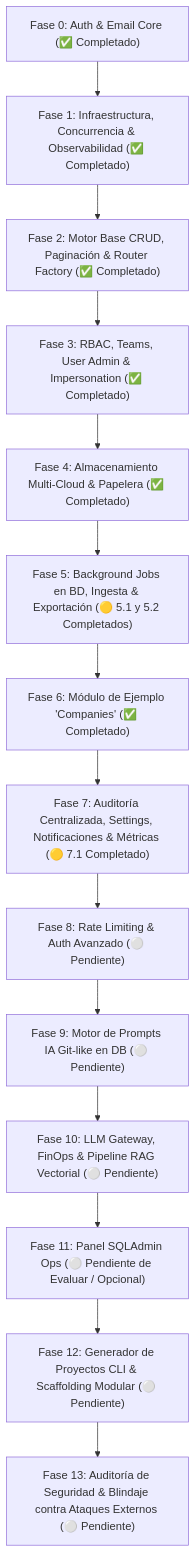
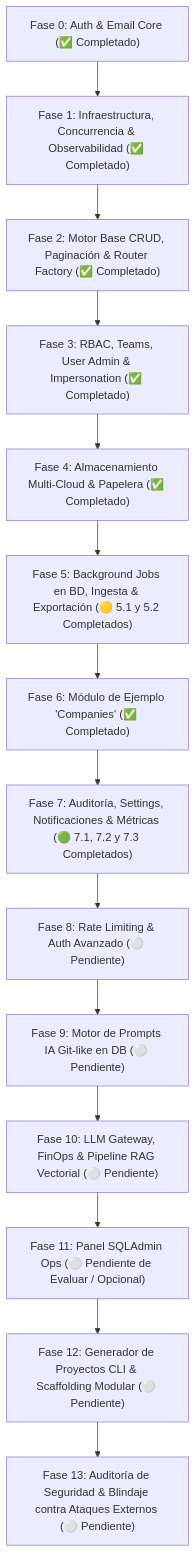
Before and after one commit to javireyramirez/fastapi_plantilla: the diagram in ROADMAP.md, drawn with Mermaid. The commit also changed other lines of this file and 27 other files, not shown here.

````diff
--- a/ROADMAP.md
+++ b/ROADMAP.md
@@ -30,16 +30,16 @@
 ```mermaid
 flowchart TD
     F0["Fase 0: Auth & Email Core (✅ Completado)"] --> F1["Fase 1: Infraestructura, Concurrencia & Observabilidad (✅ Completado)"]
     F1 --> F2["Fase 2: Motor Base CRUD, Paginación & Router Factory (✅ Completado)"]
     F2 --> F3["Fase 3: RBAC, Teams, User Admin & Impersonation (✅ Completado)"]
     F3 --> F4["Fase 4: Almacenamiento Multi-Cloud & Papelera (✅ Completado)"]
     F4 --> F5["Fase 5: Background Jobs en BD, Ingesta & Exportación (🟡 5.1 y 5.2 Completados)"]
     F5 --> F6["Fase 6: Módulo de Ejemplo 'Companies' (✅ Completado)"]
-    F6 --> F7["Fase 7: Auditoría Centralizada, Settings, Notificaciones & Métricas (🟡 7.1 Completado)"]
+    F6 --> F7["Fase 7: Auditoría, Settings, Notificaciones & Métricas (🟢 7.1, 7.2 y 7.3 Completados)"]
     F7 --> F8["Fase 8: Rate Limiting & Auth Avanzado (⚪ Pendiente)"]
     F8 --> F9["Fase 9: Motor de Prompts IA Git-like en DB (⚪ Pendiente)"]
     F9 --> F10["Fase 10: LLM Gateway, FinOps & Pipeline RAG Vectorial (⚪ Pendiente)"]
     F10 --> F11["Fase 11: Panel SQLAdmin Ops (⚪ Pendiente de Evaluar / Opcional)"]
     F11 --> F12["Fase 12: Generador de Proyectos CLI & Scaffolding Modular (⚪ Pendiente)"]
     F12 --> F13["Fase 13: Auditoría de Seguridad & Blindaje contra Ataques Externos (⚪ Pendiente)"]
 ```
````
